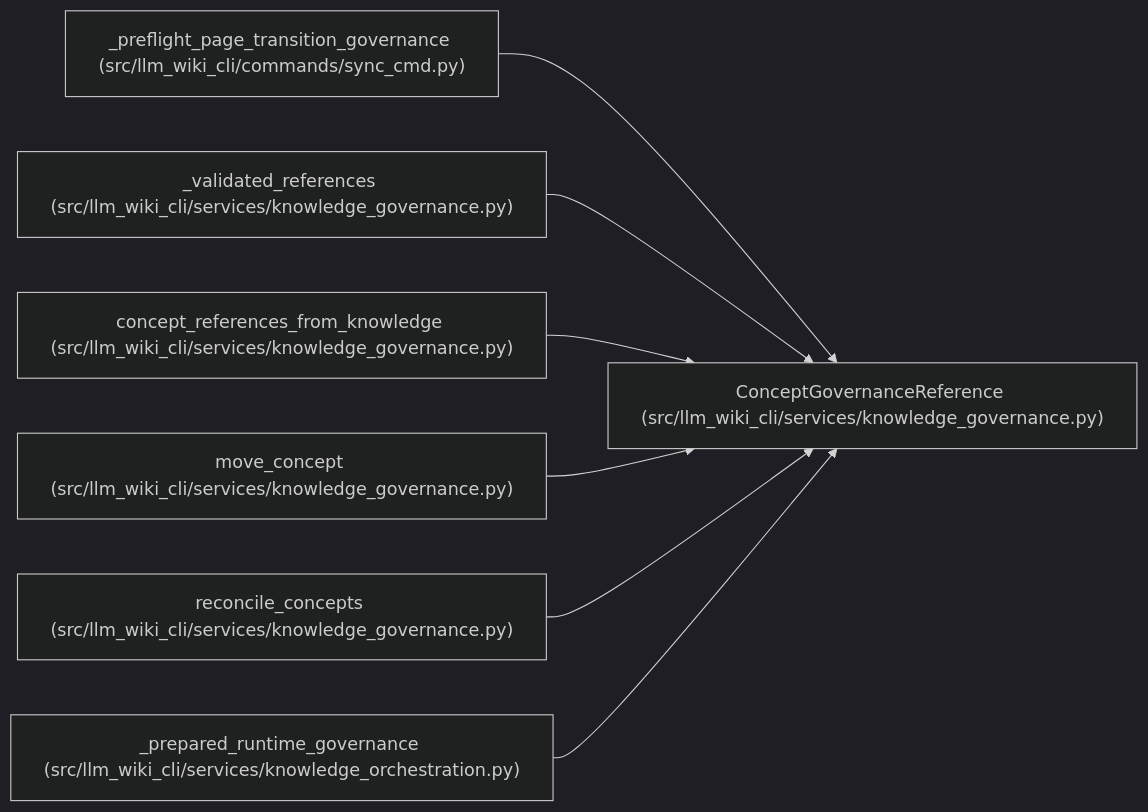
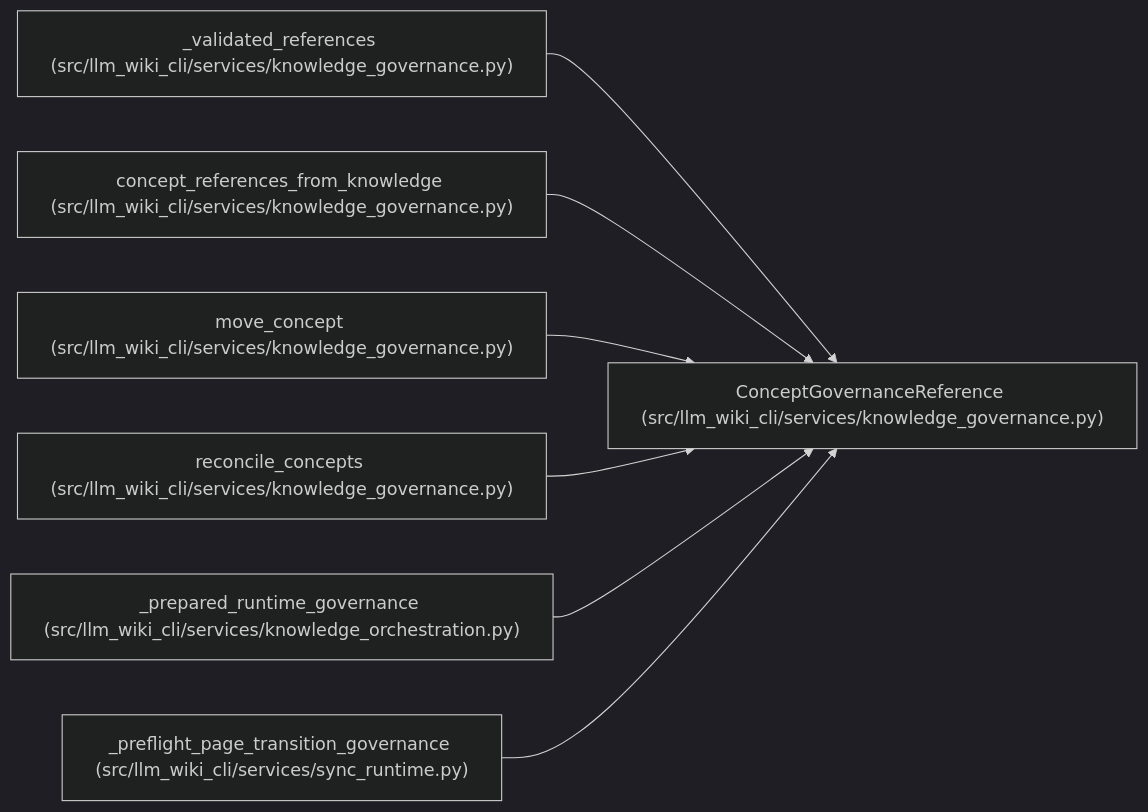
Before and after one commit to Denissvgn/python-wiki-llm: the diagram in docs/llm_wiki/entities/ConceptGovernanceReference.md, drawn with Mermaid (dark theme). The commit also changed other lines of this file and 1555 other files, not shown here.

````diff
--- a/docs/llm_wiki/entities/ConceptGovernanceReference.md
+++ b/docs/llm_wiki/entities/ConceptGovernanceReference.md
@@ -29,23 +29,23 @@
 ```mermaid
 flowchart LR
     n0["ConceptGovernanceReference (src/llm_wiki_cli/services/knowledge_governance.py)"]
-    n1["_preflight_page_transition_governance (src/llm_wiki_cli/commands/sync_cmd.py)"]
-    n2["_validated_references (src/llm_wiki_cli/services/knowledge_governance.py)"]
-    n3["concept_references_from_knowledge (src/llm_wiki_cli/services/knowledge_governance.py)"]
-    n4["move_concept (src/llm_wiki_cli/services/knowledge_governance.py)"]
-    n5["reconcile_concepts (src/llm_wiki_cli/services/knowledge_governance.py)"]
-    n6["_prepared_runtime_governance (src/llm_wiki_cli/services/knowledge_orchestration.py)"]
+    n1["_validated_references (src/llm_wiki_cli/services/knowledge_governance.py)"]
+    n2["concept_references_from_knowledge (src/llm_wiki_cli/services/knowledge_governance.py)"]
+    n3["move_concept (src/llm_wiki_cli/services/knowledge_governance.py)"]
+    n4["reconcile_concepts (src/llm_wiki_cli/services/knowledge_governance.py)"]
+    n5["_prepared_runtime_governance (src/llm_wiki_cli/services/knowledge_orchestration.py)"]
+    n6["_preflight_page_transition_governance (src/llm_wiki_cli/services/sync_runtime.py)"]
     n1 --> n0
     n2 --> n0
     n3 --> n0
     n4 --> n0
     n5 --> n0
     n6 --> n0
     click n0 "../modules/knowledge_governance.md"
-    click n1 "../modules/sync_cmd.md"
+    click n1 "../modules/knowledge_governance.md"
     click n2 "../modules/knowledge_governance.md"
     click n3 "../modules/knowledge_governance.md"
     click n4 "../modules/knowledge_governance.md"
-    click n5 "../modules/knowledge_governance.md"
-    click n6 "../modules/knowledge_orchestration.md"
+    click n5 "../modules/knowledge_orchestration.md"
+    click n6 "../modules/sync_runtime.md"
 ```
````
